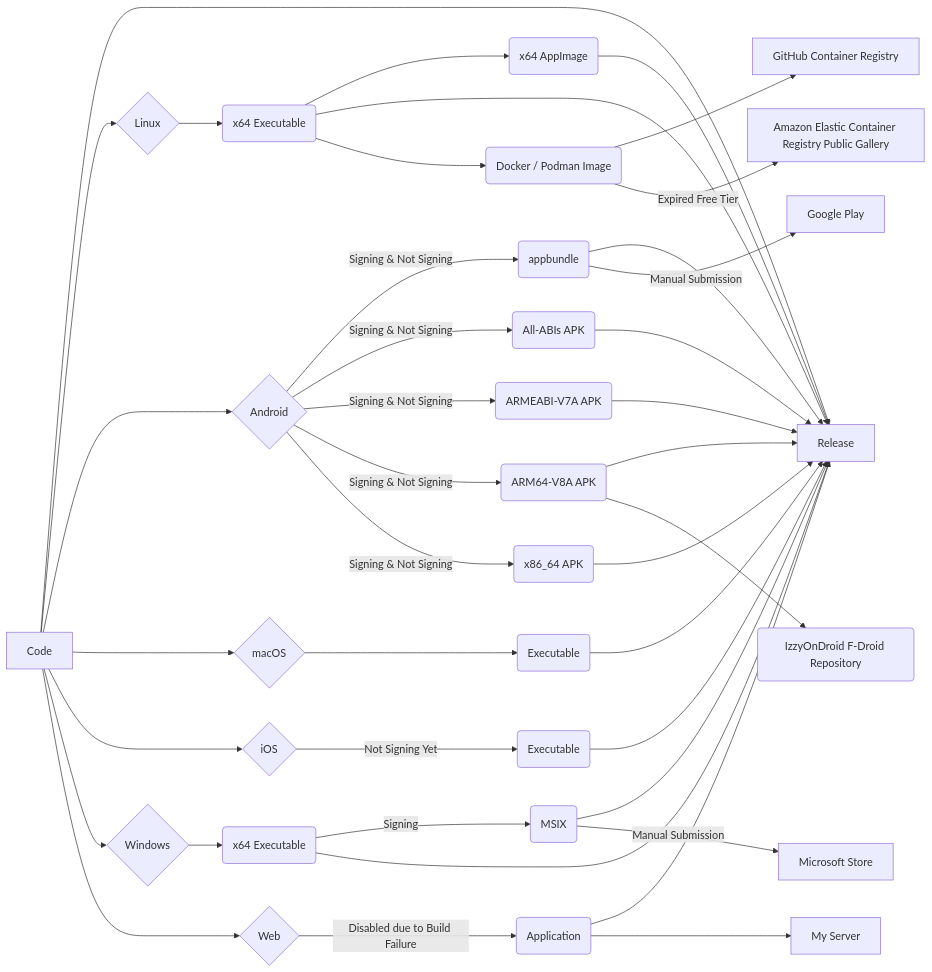
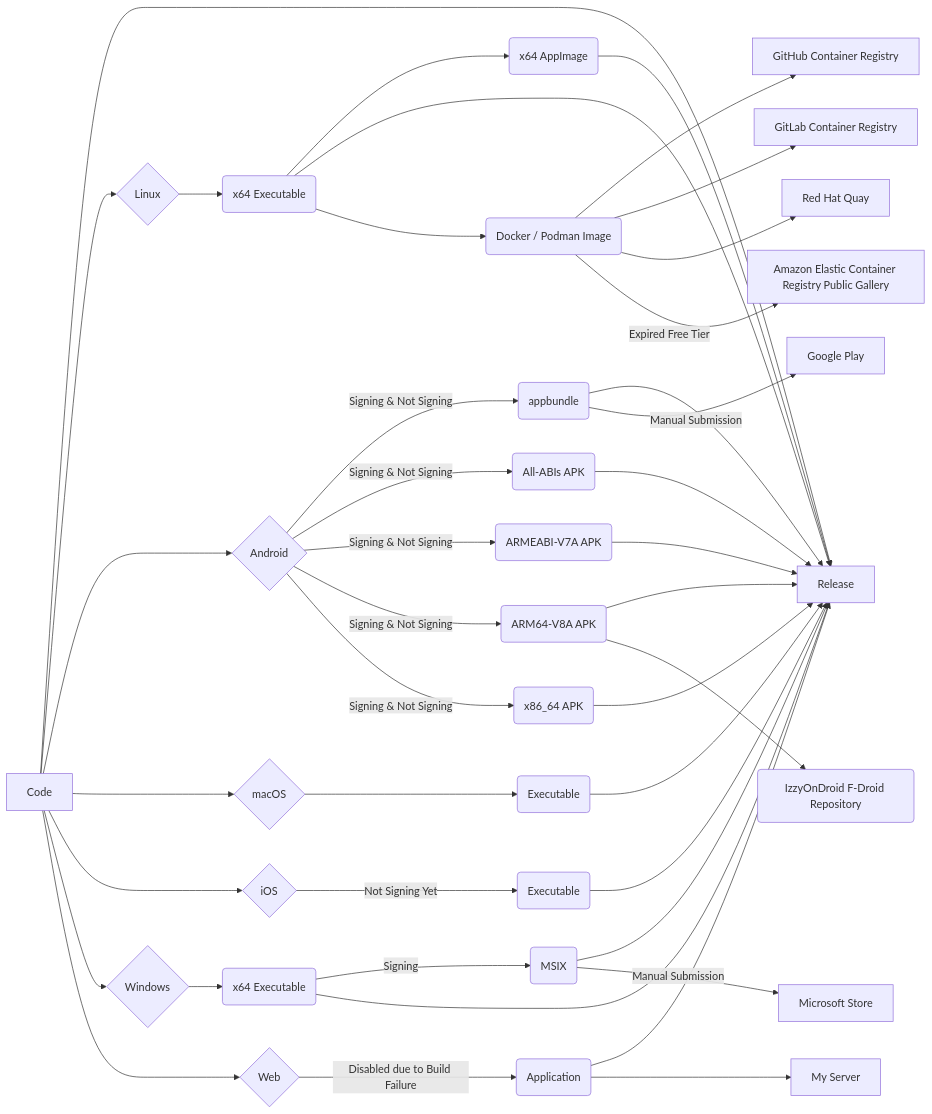
The diagram in README.md (bitscoper/bitscoper_cyberkit), drawn with Mermaid before and after one commit. The commit also changed other lines of this file, not shown here.

Commit message:
Formatted README with Added Links of GitLab Container Registry.

````diff
--- a/README.md
+++ b/README.md
@@ -266,48 +236,50 @@
 ```mermaid
 flowchart LR
 
 Code --> Release[Release]
 
 Code[Code] --> Linux{Linux}
 Linux --> Linux_x64_Executable(x64 Executable)
 Linux_x64_Executable --> Linux_x64_AppImage(x64 AppImage)
 Linux_x64_Executable --> Release[Release]
 Linux_x64_AppImage --> Release[Release]
 Linux_x64_Executable --> Linux_Docker_Podman_Image(Docker / Podman Image)
 Linux_Docker_Podman_Image --> GitHub_Container_Registry[GitHub Container Registry]
-Linux_Docker_Podman_Image --> |Expired Free Tier| Amazon_ECR_Public_Gallery[Amazon Elastic Container Registry Public Gallery]
+Linux_Docker_Podman_Image --> GitLab_Container_Registry[GitLab Container Registry]
+Linux_Docker_Podman_Image --> Red_Hat_Quay[Red Hat Quay]
+Linux_Docker_Podman_Image --> |Expired Free Tier| Amazon_Elastic_Container_Registry_Public_Gallery[Amazon Elastic Container Registry Public Gallery]
 
 Code --> Android{Android}
 Android --> |Signing & Not Signing| Android_appbundle(appbundle)
 Android --> |Signing & Not Signing| Android_All_ABIs_APK(All-ABIs APK)
 Android --> |Signing & Not Signing| Android_ARMEABI_V7A_APK(ARMEABI-V7A APK)
 Android --> |Signing & Not Signing| Android_ARM64_V8A_APK(ARM64-V8A APK)
 Android --> |Signing & Not Signing| Android_x86_64_APK(x86_64 APK)
 Android_appbundle --> Release[Release]
 Android_All_ABIs_APK --> Release[Release]
 Android_x86_64_APK --> Release[Release]
 Android_ARM64_V8A_APK --> Release[Release]
 Android_ARMEABI_V7A_APK --> Release[Release]
 Android_ARM64_V8A_APK --> IzzyOnDroid_FDroid_Repository(IzzyOnDroid F-Droid Repository)
 Android_appbundle --> |Manual Submission| Google_Play[Google Play]
 
 Code --> macOS{macOS}
 macOS --> macOS_Executable(Executable)
 macOS_Executable --> Release[Release]
 
 Code --> iOS{iOS}
 iOS --> |Not Signing Yet| iOS_Executable(Executable)
 iOS_Executable --> Release[Release]
 
 Code --> Windows{Windows}
 Windows --> Windows_x64_Executable(x64 Executable)
 Windows_x64_Executable --> |Signing| Windows_MSIX(MSIX)
 Windows_x64_Executable --> Release[Release]
 Windows_MSIX --> Release[Release]
 Windows_MSIX --> |Manual Submission| Microsoft_Store[Microsoft Store]
 
 Code --> Web{Web}
 Web --> |Disabled due to Build Failure| Web_Application(Application)
 Web_Application --> Release[Release]
 Web_Application --> My_Server[My Server]
 ```
````
